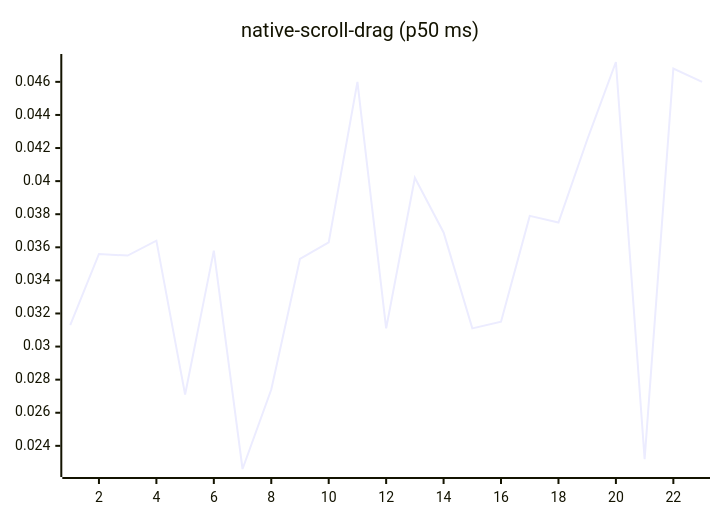
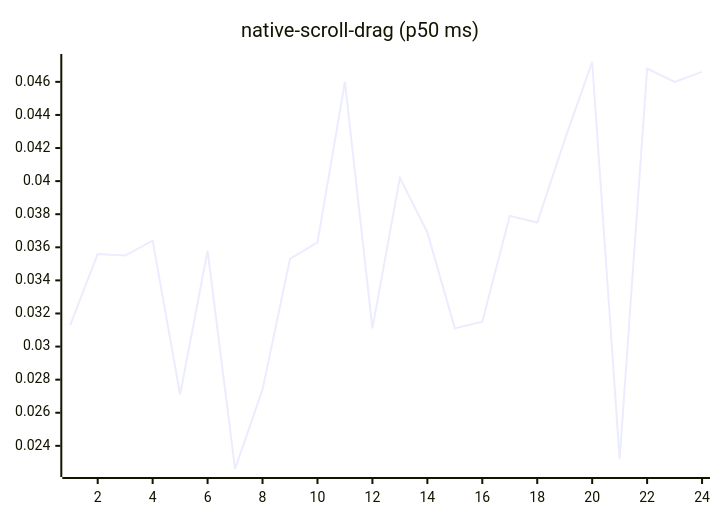
One commit to josha/Facet changed diagram 14 of 27 in README.md. Above: the diagram before and after it, drawn with Mermaid. The commit also changed other lines of this file and 2 other files, not shown here.

````diff
--- a/README.md
+++ b/README.md
@@ -154,6 +154,6 @@
 ```mermaid
 xychart-beta
     title "native-scroll-drag (p50 ms)"
-    x-axis 1 --> 23
-    line [0.0313, 0.0356, 0.0355, 0.0364, 0.0271, 0.0358, 0.0226, 0.0274, 0.0353, 0.0363, 0.0460, 0.0311, 0.0402, 0.0369, 0.0311, 0.0315, 0.0379, 0.0375, 0.0425, 0.0472, 0.0232, 0.0468, 0.0460]
+    x-axis 1 --> 24
+    line [0.0313, 0.0356, 0.0355, 0.0364, 0.0271, 0.0358, 0.0226, 0.0274, 0.0353, 0.0363, 0.0460, 0.0311, 0.0402, 0.0369, 0.0311, 0.0315, 0.0379, 0.0375, 0.0425, 0.0472, 0.0232, 0.0468, 0.0460, 0.0466]
 ```
````
